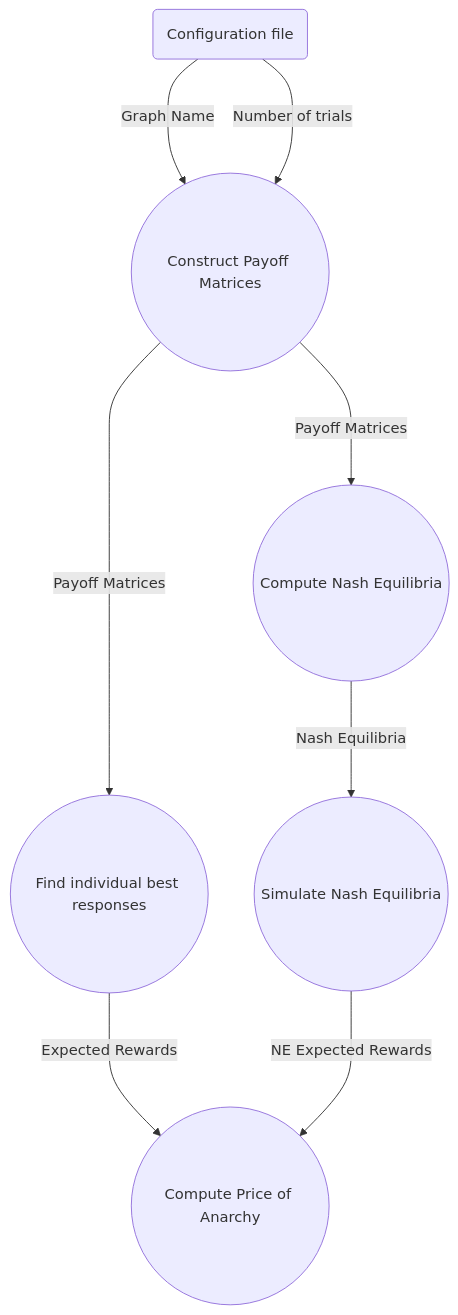
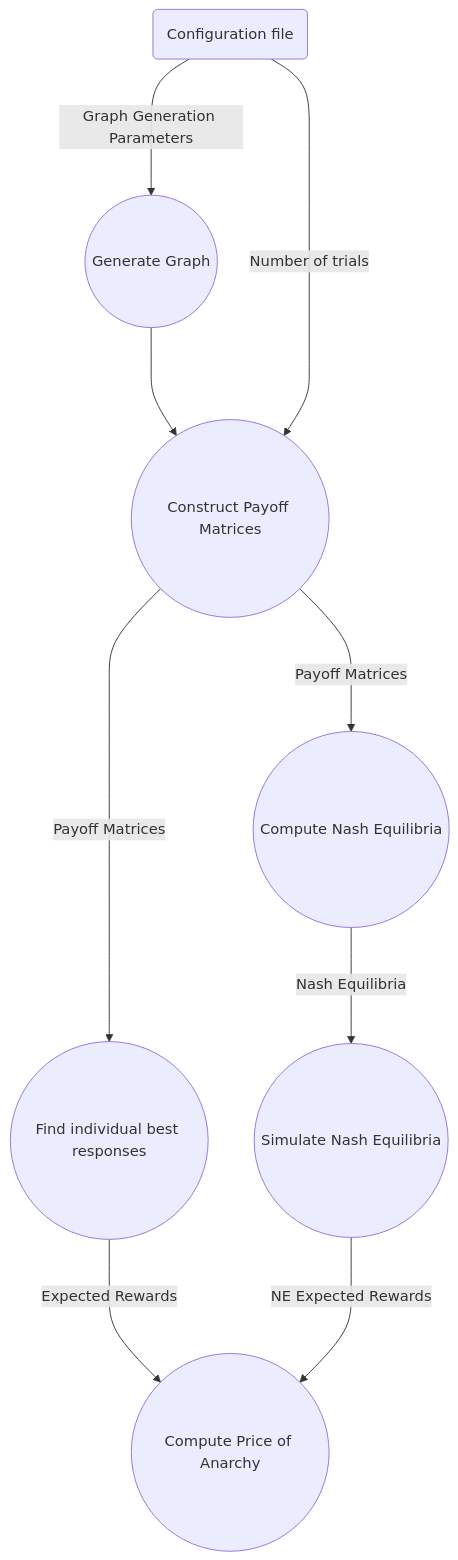
The diagram in dfd.md (martjor/minigraphs), drawn with Mermaid before and after one commit. The commit also changed 21 other files, not shown here.

````diff
--- a/dfd.md
+++ b/dfd.md
@@ -1,10 +1,11 @@
 ```mermaid
 flowchart TD
-    config@{shape: rounded, label: Configuration file}-- "Graph Name" ---> payoff((Construct Payoff Matrices))
+    config@{shape: rounded, label: Configuration file}-- "Graph Generation Parameters" ---> generate((Generate Graph))
+    generate--->payoff((Construct Payoff Matrices))
     config--"Number of trials"--->payoff
     payoff--"Payoff Matrices"--->responses((Find individual best responses))
     responses--"Expected Rewards"--->poa
     payoff--"Payoff Matrices"--->nashpy((Compute Nash Equilibria))
     nashpy--"Nash Equilibria"--->simulate((Simulate Nash Equilibria))
     simulate--"NE Expected Rewards"--->poa((Compute Price of Anarchy))
 ```
````
